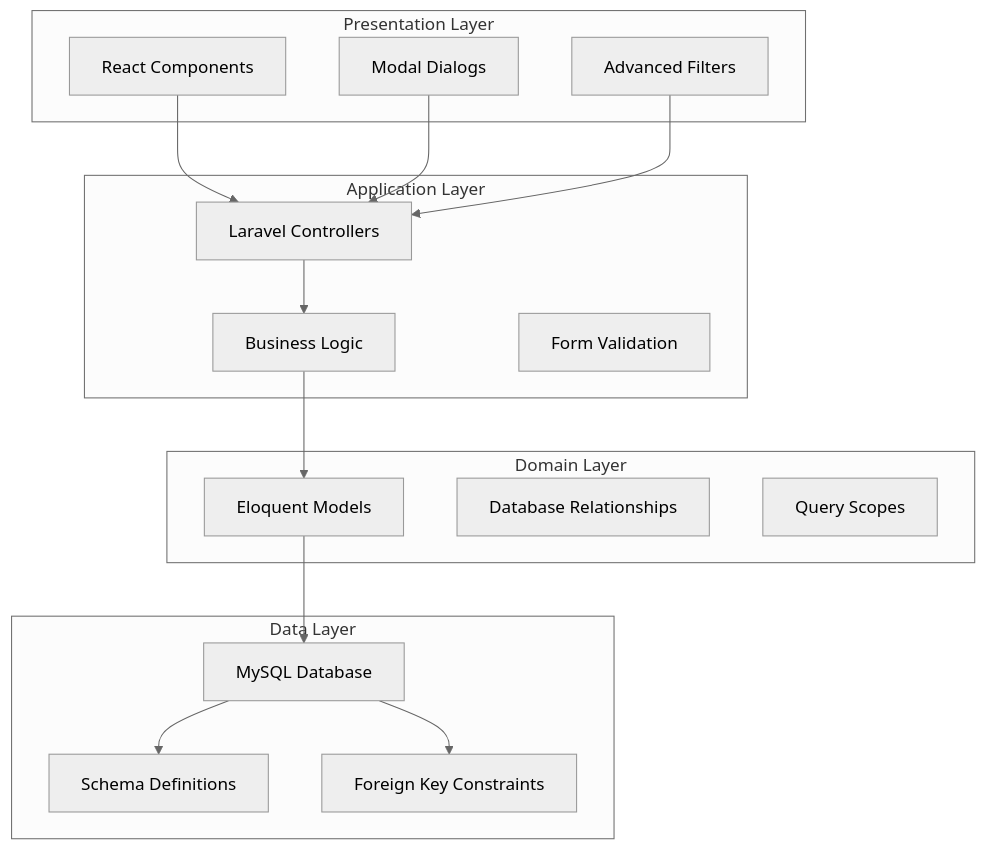
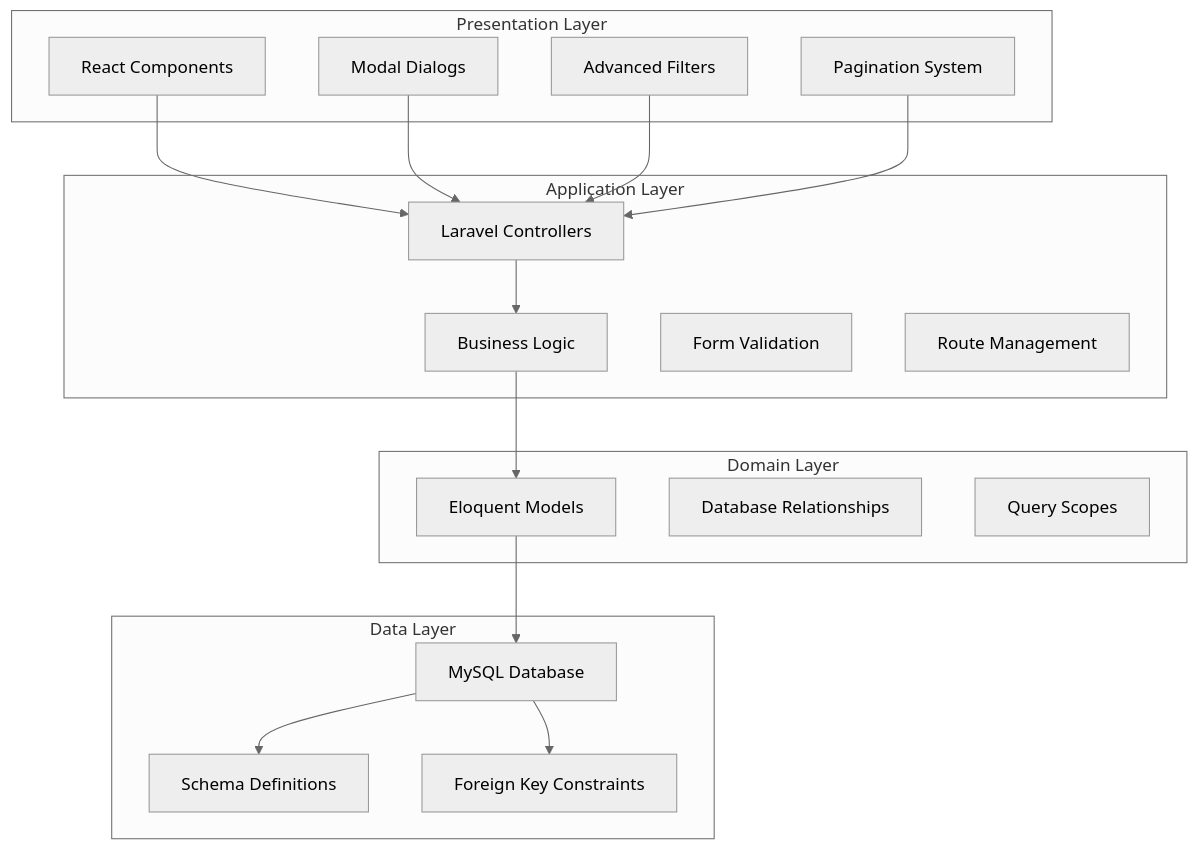
The first of 6 diagrams in .qoder/repowiki/en/content/Employee Management/Employee Claims Management.md (vincet0t15/template), drawn with Mermaid (neutral theme) before and after one commit. The commit also changed other lines of this file and 11 other files, not shown here.

````diff
--- a/.qoder/repowiki/en/content/Employee Management/Employee Claims Management.md
+++ b/.qoder/repowiki/en/content/Employee Management/Employee Claims Management.md
@@ -52,31 +60,34 @@
 ```mermaid
 graph TB
 subgraph "Presentation Layer"
 UI[React Components]
 Dialogs[Modal Dialogs]
 Filters[Advanced Filters]
+Pagination[Pagination System]
 end
 subgraph "Application Layer"
 Controllers[Laravel Controllers]
 Services[Business Logic]
 Validations[Form Validation]
+Routing[Route Management]
 end
 subgraph "Domain Layer"
 Models[Eloquent Models]
 Relationships[Database Relationships]
 Scopes[Query Scopes]
 end
 subgraph "Data Layer"
 Database[MySQL Database]
 Migrations[Schema Definitions]
 Constraints[Foreign Key Constraints]
 end
 UI --> Controllers
 Dialogs --> Controllers
 Filters --> Controllers
+Pagination --> Controllers
 Controllers --> Services
 Services --> Models
 Models --> Database
 Database --> Migrations
 Database --> Constraints
 ```
````
